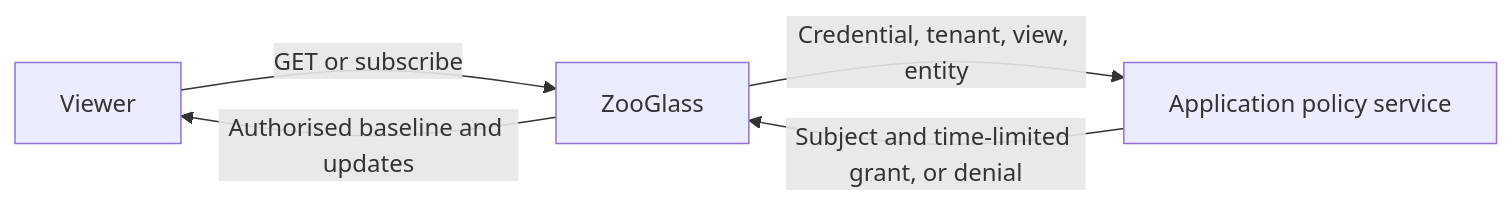
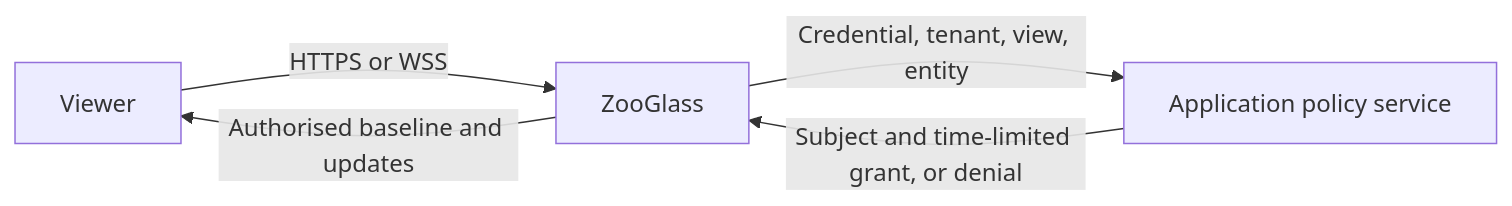
The diagram in docs/design/view-access.md (sproates/zooglass), drawn with Mermaid before and after one commit. The commit also changed other lines of this file, not shown here.

````diff
--- a/docs/design/view-access.md
+++ b/docs/design/view-access.md
@@ -14,7 +14,7 @@
 ```mermaid
 flowchart LR
-    C[Viewer] -->|GET or subscribe| Z[ZooGlass]
+    C[Viewer] -->|HTTPS or WSS| Z[ZooGlass]
     Z -->|Credential, tenant, view, entity| P[Application policy service]
     P -->|Subject and time-limited grant, or denial| Z
     Z -->|Authorised baseline and updates| C
 ```
````
